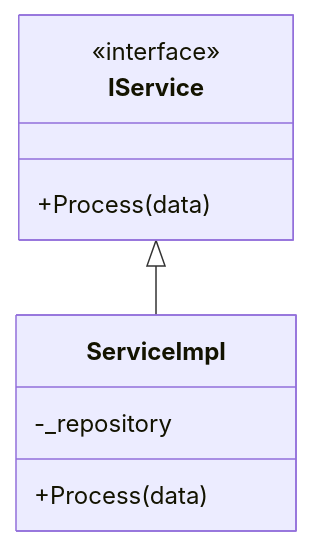
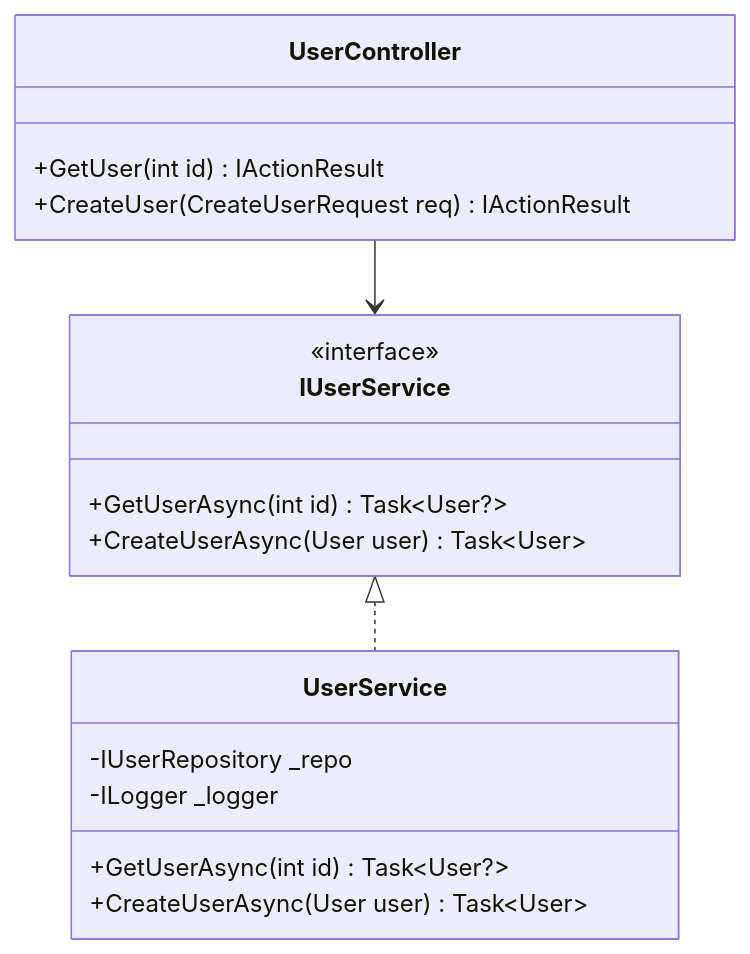
Before and after one commit to Axvser/CloudGlyph: the fourth of 5 diagrams in skills/se-analysis/SKILL.md, drawn with Mermaid. The commit also changed other lines of this file and 48 other files, not shown here.

````diff
--- a/skills/se-analysis/SKILL.md
+++ b/skills/se-analysis/SKILL.md
@@ -59,12 +167,20 @@
 ```mermaid
 classDiagram
-    class IService {
+    class IUserService {
         <<interface>>
-        +Process(data)
+        +GetUserAsync(int id) Task~User?~
+        +CreateUserAsync(User user) Task~User~
     }
-    class ServiceImpl {
-        -_repository
-        +Process(data)
+    class UserService {
+        -IUserRepository _repo
+        -ILogger _logger
+        +GetUserAsync(int id) Task~User?~
+        +CreateUserAsync(User user) Task~User~
     }
-    IService <|-- ServiceImpl
+    class UserController {
+        +GetUser(int id) IActionResult
+        +CreateUser(CreateUserRequest req) IActionResult
+    }
+    IUserService <|.. UserService
+    UserController --> IUserService
 ```
````
